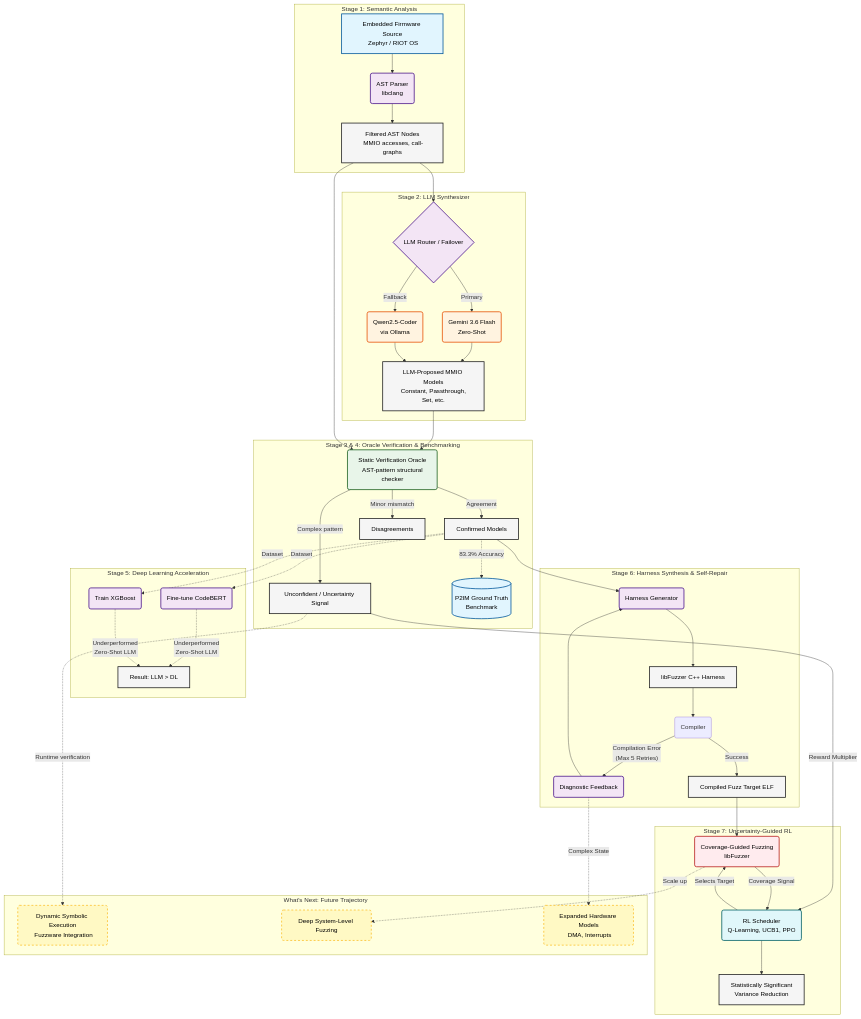
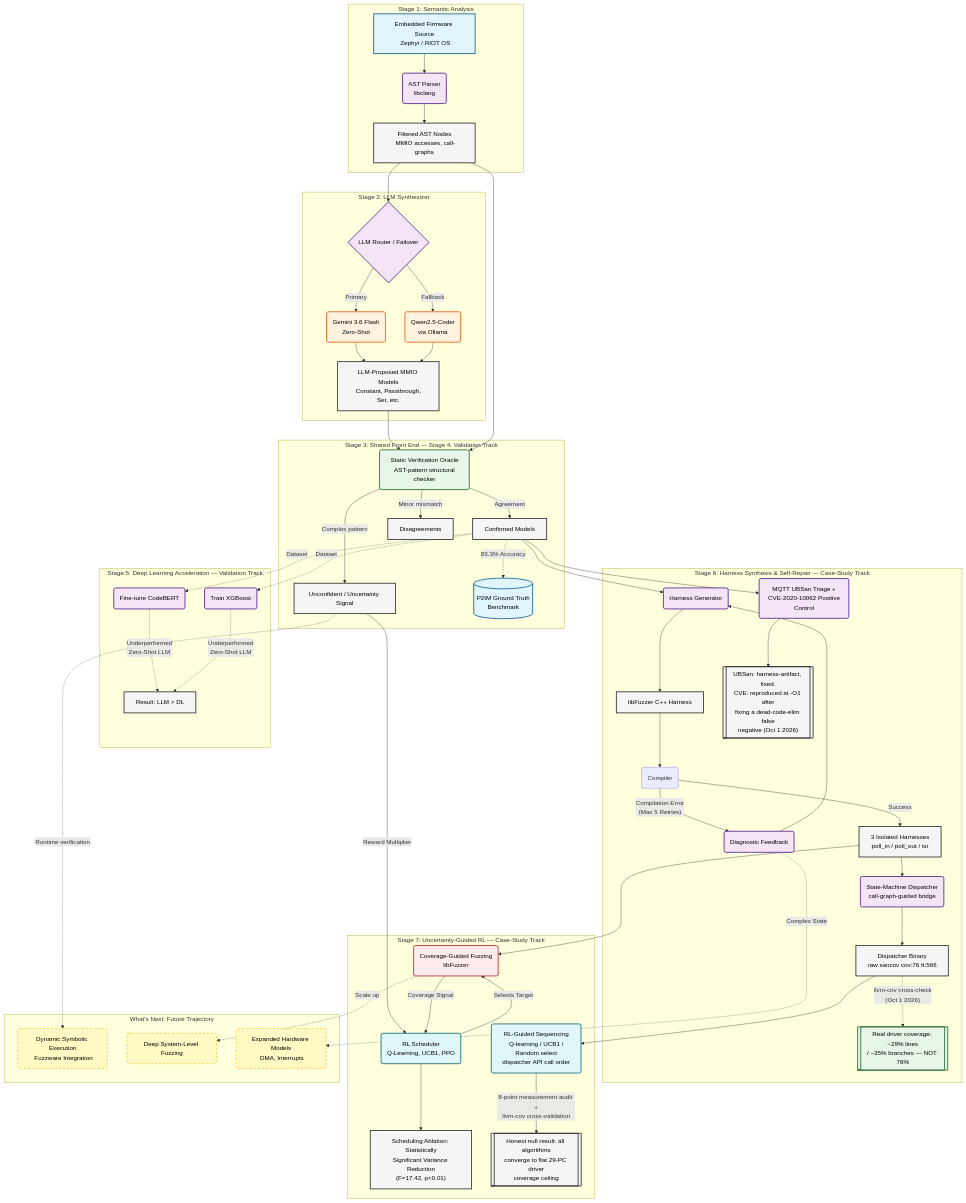
One commit to TurlaFSB/AeroHarness changed the diagram in ARCHITECTURE.md. Above: the diagram before and after it, drawn with Mermaid. The commit also changed other lines of this file, not shown here.

First line of the commit message:
Audit and correct ARCHITECTURE.md against Oct 1 re-audit findings

```diff
--- a/ARCHITECTURE.md
+++ b/ARCHITECTURE.md
@@ -31,7 +35,7 @@
     end
 
     %% Stage 3 & 4
-    subgraph S34 [Stage 3 & 4: Oracle Verification & Benchmarking]
+    subgraph S34 [Stage 3: Shared Front End — Stage 4: Validation Track]
         B4 --> C1(Static Verification Oracle\n AST-pattern structural checker):::oracle
         A3 --> C1
         C1 -- Agreement --> C2[Confirmed Models]:::output
@@ -42,7 +46,7 @@
     end
 
     %% Stage 5
-    subgraph S5 [Stage 5: Deep Learning Acceleration]
+    subgraph S5 [Stage 5: Deep Learning Acceleration — Validation Track]
         C2 -.->|"Dataset"| D1(Fine-tune CodeBERT):::process
         C2 -.->|"Dataset"| D2(Train XGBoost):::process
         D1 -.->|"Underperformed\n Zero-Shot LLM"| D3[Result: LLM > DL]:::output
@@ -50,22 +54,30 @@
     end
 
     %% Stage 6
-    subgraph S6 [Stage 6: Harness Synthesis & Self-Repair]
+    subgraph S6 [Stage 6: Harness Synthesis & Self-Repair — Case-Study Track]
         C2 --> E1(Harness Generator):::process
         E1 --> E2[libFuzzer C++ Harness]:::output
         E2 --> E3(Compiler)
         E3 -- "Compilation Error\n (Max 5 Retries)" --> E4(Diagnostic Feedback):::process
         E4 --> E1
-        E3 -- "Success" --> E5[Compiled Fuzz Target ELF]:::output
+        E3 -- "Success" --> E5[3 Isolated Harnesses\n poll_in / poll_out / isr]:::output
+        E5 --> E6(State-Machine Dispatcher\n call-graph-guided bridge):::process
+        E6 --> E7["Dispatcher Binary\n raw sancov cov:76 ft:566"]:::output
+        E7 -.->|"llvm-cov cross-check\n (Oct 1 2026)"| E8[["Real driver coverage: ~29% lines\n/ ~35% branches — NOT 76%"]]:::oracle
+        C2 --> E9(MQTT UBSan Triage +\n CVE-2020-10062 Positive Control):::process
+        E9 --> E10[["UBSan: harness-artifact, fixed.\nCVE: reproduced at -O1 after\nfixing a dead-code-elim false\nnegative (Oct 1 2026)"]]:::output
     end
 
     %% Stage 7
-    subgraph S7 [Stage 7: Uncertainty-Guided RL]
+    subgraph S7 [Stage 7: Uncertainty-Guided RL — Case-Study Track]
         E5 --> F1(Coverage-Guided Fuzzing\n libFuzzer):::fuzzer
         C4 -- "Reward Multiplier" --> F2(RL Scheduler\n Q-Learning, UCB1, PPO):::rl
         F2 -- "Selects Target" --> F1
         F1 -- "Coverage Signal" --> F2
-        F2 --> F3[Statistically Significant\n Variance Reduction]:::output
+        F2 --> F3["Scheduling Ablation: Statistically\nSignificant Variance Reduction\n(F=17.42, p&lt;0.01)"]:::output
+
+        E7 --> G1(RL-Guided Sequencing\n Q-learning / UCB1 / Random select\ndispatcher API call order):::rl
+        G1 -- "8-point measurement audit +\nllvm-cov cross-validation" --> G2[["Honest null result: all algorithms\nconverge to flat 29-PC driver\ncoverage ceiling"]]:::output
     end
     
     %% Future Work
```
